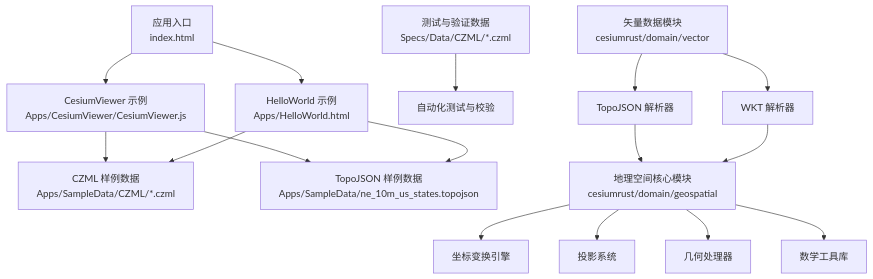
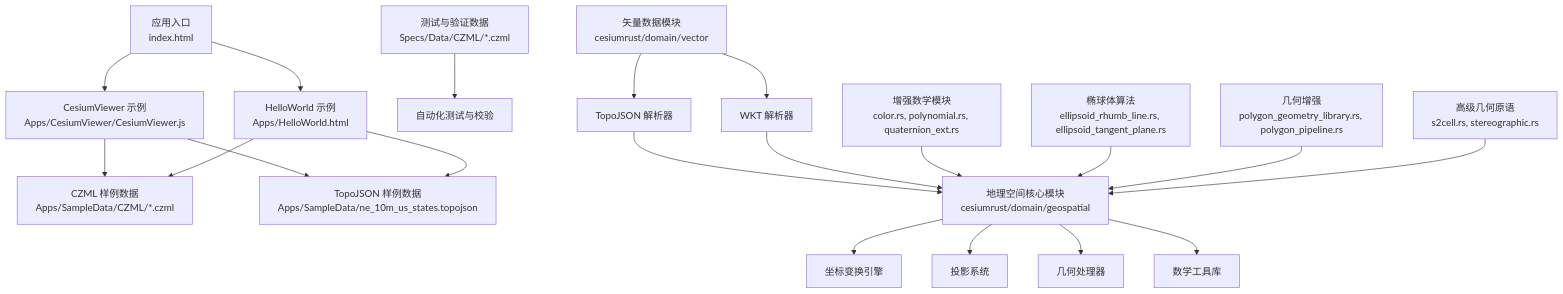
The first of 12 diagrams in .qoder/repowiki/zh/content/项目概述/核心特性/地理空间数据处理/地理空间数据处理.md (rzhangjing/cesium), drawn with Mermaid before and after one commit. The commit also changed other lines of this file and 56 other files, not shown here.

````diff
--- a/.qoder/repowiki/zh/content/项目概述/核心特性/地理空间数据处理/地理空间数据处理.md
+++ b/.qoder/repowiki/zh/content/项目概述/核心特性/地理空间数据处理/地理空间数据处理.md
@@ -74,18 +76,22 @@
 ```mermaid
 graph TB
 A["应用入口<br/>index.html"] --> B["CesiumViewer 示例<br/>Apps/CesiumViewer/CesiumViewer.js"]
 A --> C["HelloWorld 示例<br/>Apps/HelloWorld.html"]
 B --> D["CZML 样例数据<br/>Apps/SampleData/CZML/*.czml"]
 B --> E["TopoJSON 样例数据<br/>Apps/SampleData/ne_10m_us_states.topojson"]
 C --> D
 C --> E
 F["测试与验证数据<br/>Specs/Data/CZML/*.czml"] --> G["自动化测试与校验"]
 H["地理空间核心模块<br/>cesiumrust/domain/geospatial"] --> I["坐标变换引擎"]
 H --> J["投影系统"]
 H --> K["几何处理器"]
 H --> L["数学工具库"]
 M["矢量数据模块<br/>cesiumrust/domain/vector"] --> N["TopoJSON 解析器"]
 M --> O["WKT 解析器"]
 N --> H
 O --> H
+P["增强数学模块<br/>color.rs, polynomial.rs, quaternion_ext.rs"] --> H
+Q["椭球体算法<br/>ellipsoid_rhumb_line.rs, ellipsoid_tangent_plane.rs"] --> H
+R["几何增强<br/>polygon_geometry_library.rs, polygon_pipeline.rs"] --> H
+S["高级几何原语<br/>s2cell.rs, stereographic.rs"] --> H
 ```
````
